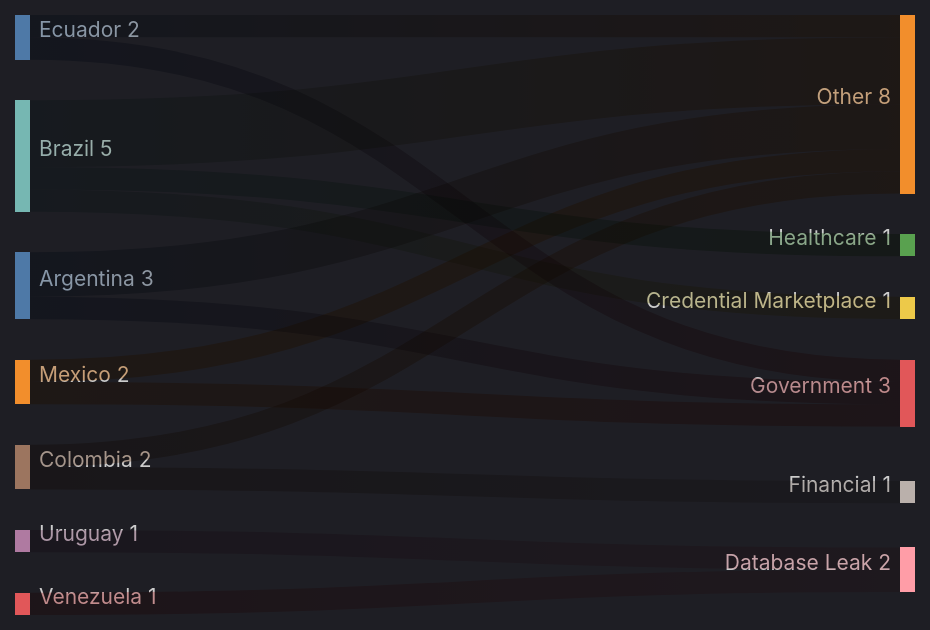
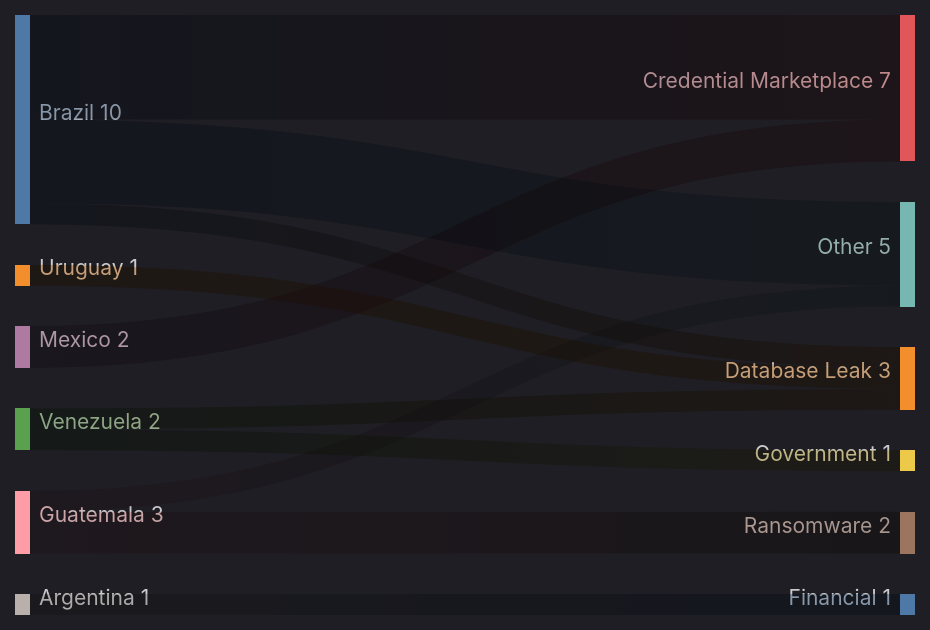
The third of 5 diagrams in exfiltradaz.md (ZoqueLabs/website), drawn with Mermaid before and after one commit. The commit also changed other lines of this file and 1 other file, not shown here.

````diff
--- a/exfiltradaz.md
+++ b/exfiltradaz.md
@@ -74,20 +79,17 @@
 ```mermaid
 ---
 config:
   theme: dark
 ---
 sankey-beta
-  Ecuador,Other,1
-  Ecuador,Government,1
-  Brazil,Healthcare,1
-  Brazil,Other,3
-  Brazil,Credential Marketplace,1
+  Brazil,Database Leak,1
+  Brazil,Credential Marketplace,5
+  Brazil,Other,4
+  Venezuela,Government,1
+  Venezuela,Database Leak,1
+  Mexico,Credential Marketplace,2
+  Guatemala,Ransomware,2
+  Guatemala,Other,1
+  Argentina,Financial,1
   Uruguay,Database Leak,1
-  Colombia,Financial,1
-  Colombia,Other,1
-  Argentina,Government,1
-  Argentina,Other,2
-  Mexico,Other,1
-  Mexico,Government,1
-  Venezuela,Database Leak,1
 ```
````
